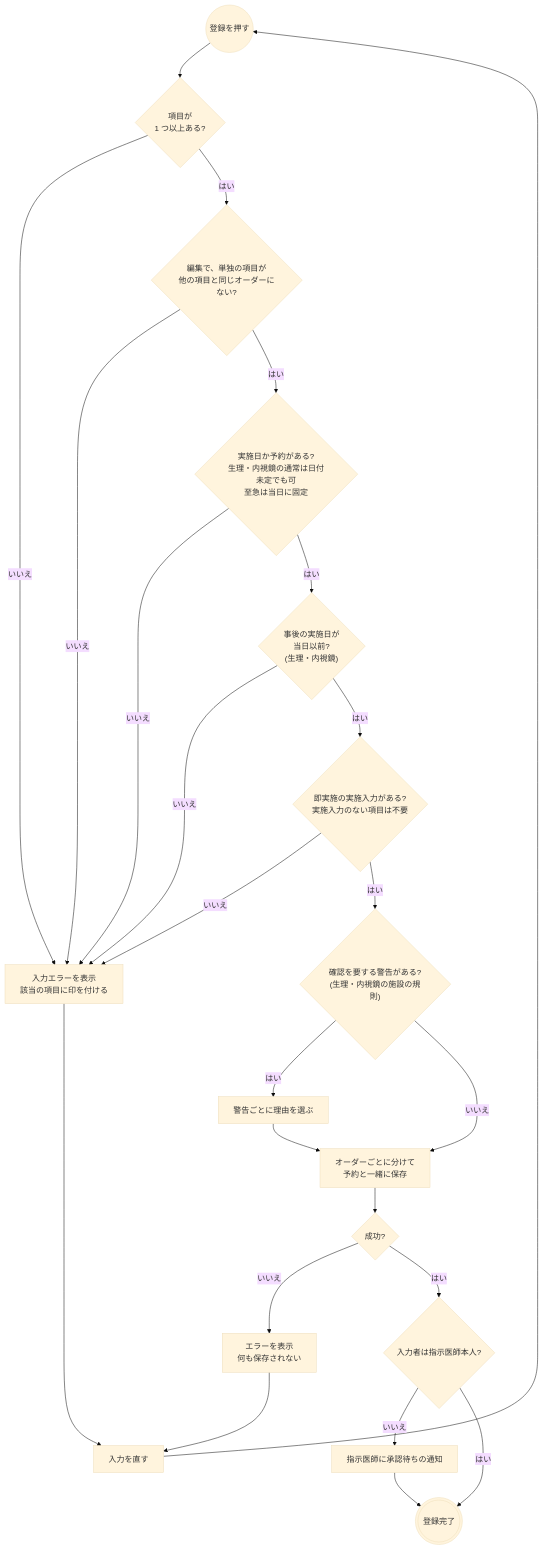
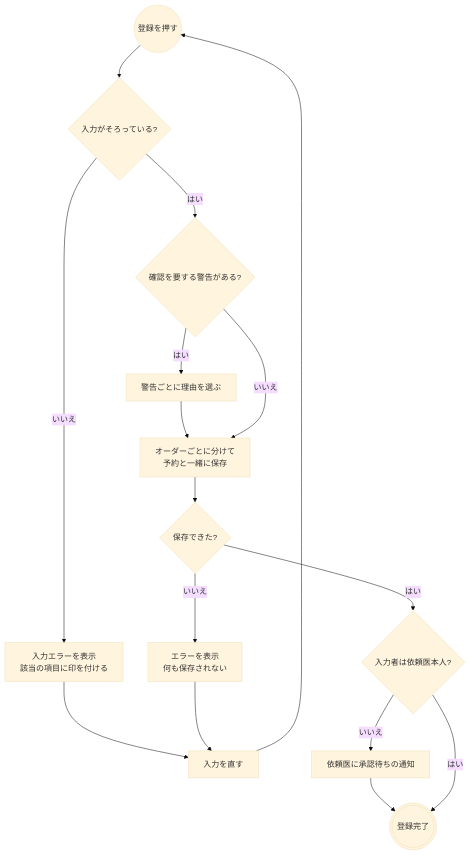
One commit to ysnr-dev/fhir-client-docs changed the second of 4 diagrams in docs/flows/physio-endoscopy-treatment.md. Above: the diagram before and after it, drawn with Mermaid (base theme). The commit also changed other lines of this file and 43 other files, not shown here.

Commit message:
docs: 業務フローとシーケンス図を写し直し

````diff
--- a/docs/flows/physio-endoscopy-treatment.md
+++ b/docs/flows/physio-endoscopy-treatment.md
@@ -100,39 +97,26 @@
 ```mermaid
 flowchart TD
   submit(("登録を押す"))
-  items{"項目が<br/>1 つ以上ある?"}
-  solo{"編集で、単独の項目が<br/>他の項目と同じオーダーにない?"}
-  dates{"実施日か予約がある?<br/>生理・内視鏡の通常は日付未定でも可<br/>至急は当日に固定"}
-  retro{"事後の実施日が<br/>当日以前?<br/>(生理・内視鏡)"}
-  input{"即実施の実施入力がある?<br/>実施入力のない項目は不要"}
+  valid{"入力がそろっている?"}
   error["入力エラーを表示<br/>該当の項目に印を付ける"]
-  warn{"確認を要する警告がある?<br/>(生理・内視鏡の施設の規則)"}
+  fix["入力を直す"]
+  warn{"確認を要する警告がある?"}
   reason["警告ごとに理由を選ぶ"]
   send["オーダーごとに分けて<br/>予約と一緒に保存"]
-  result{"成功?"}
+  result{"保存できた?"}
   failed["エラーを表示<br/>何も保存されない"]
-  proxy{"入力者は指示医師本人?"}
-  approval["指示医師に承認待ちの通知"]
+  proxy{"入力者は依頼医本人?"}
+  approval["依頼医に承認待ちの通知"]
   done((("登録完了")))
-  fix["入力を直す"]
 
-  submit --> items
-  items -- "いいえ" --> error
-  items -- "はい" --> solo
-  solo -- "いいえ" --> error
-  solo -- "はい" --> dates
-  dates -- "いいえ" --> error
-  dates -- "はい" --> retro
-  retro -- "いいえ" --> error
-  retro -- "はい" --> input
-  input -- "いいえ" --> error
-  input -- "はい" --> warn
+  submit --> valid
+  valid -- "いいえ" --> error --> fix --> submit
+  valid -- "はい" --> warn
   warn -- "はい" --> reason --> send
   warn -- "いいえ" --> send
   send --> result
   result -- "いいえ" --> failed --> fix
   result -- "はい" --> proxy
   proxy -- "いいえ" --> approval --> done
   proxy -- "はい" --> done
-  error --> fix --> submit
 ```
````
